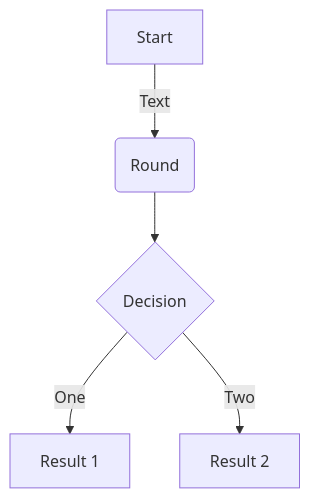
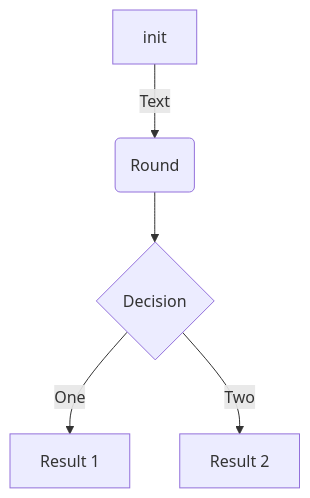
One commit to edithturn/elementary-readme changed the first of 3 diagrams in README.md. Above: the diagram before and after it, drawn with Mermaid.

Commit message:
mermaid fix

````diff
--- a/README.md
+++ b/README.md
@@ -149,7 +149,7 @@
 ```mermaid
 flowchart TD
-A[Start]-->|Text| B(Round)
+A[init]-->|Text| B(Round)
 B-->C{Decision}
 C-->|One| D[Result 1]
 C-->|Two| E[Result 2]
 ```
````
